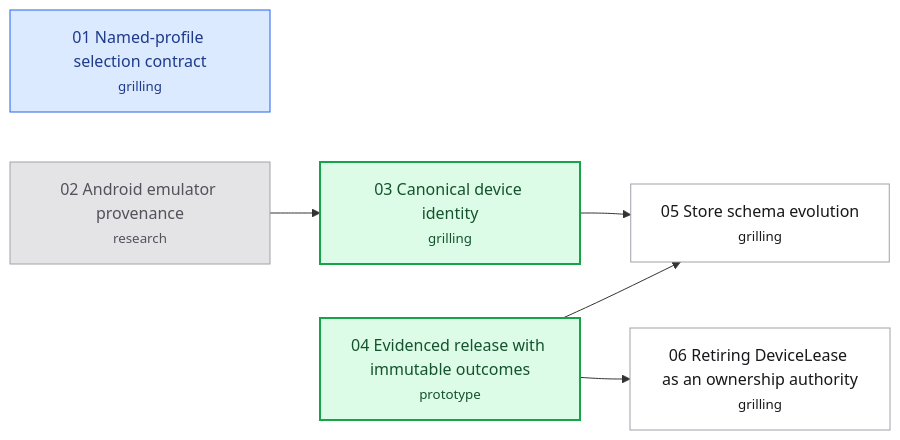
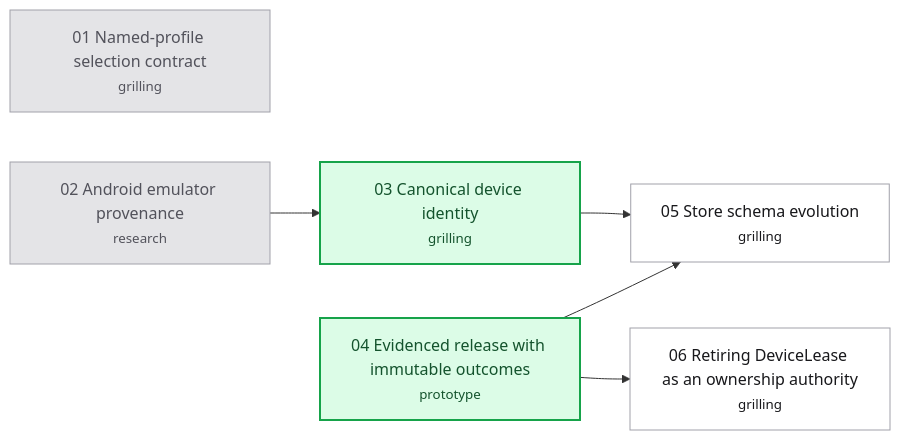
Before and after one commit to hugues-vnsgn/jev-ios-bridge: the diagram in .scratch/appium-phase2/map.md, drawn with Mermaid. The commit also changed other lines of this file and 3 other files, not shown here.

````diff
--- a/.scratch/appium-phase2/map.md
+++ b/.scratch/appium-phase2/map.md
@@ -37,21 +39,20 @@
 ```mermaid
 flowchart LR
     T01["01 Named-profile selection contract<br/><small>grilling</small>"]
     T02["02 Android emulator provenance<br/><small>research</small>"]
     T03["03 Canonical device identity<br/><small>grilling</small>"]
     T04["04 Evidenced release with immutable outcomes<br/><small>prototype</small>"]
     T05["05 Store schema evolution<br/><small>grilling</small>"]
     T06["06 Retiring DeviceLease as an ownership authority<br/><small>grilling</small>"]
     T02 --> T03
     T03 --> T05
     T04 --> T05
     T04 --> T06
     classDef resolved fill:#e4e4e7,stroke:#a1a1aa,color:#52525b
     classDef claimed fill:#dbeafe,stroke:#2563eb,color:#1e3a8a
     classDef frontier fill:#dcfce7,stroke:#16a34a,color:#14532d,stroke-width:2px
     classDef blocked fill:#ffffff,stroke:#a1a1aa,color:#18181b
-    class T02 resolved
-    class T01 claimed
+    class T01,T02 resolved
     class T03,T04 frontier
     class T05,T06 blocked
 ```
````
